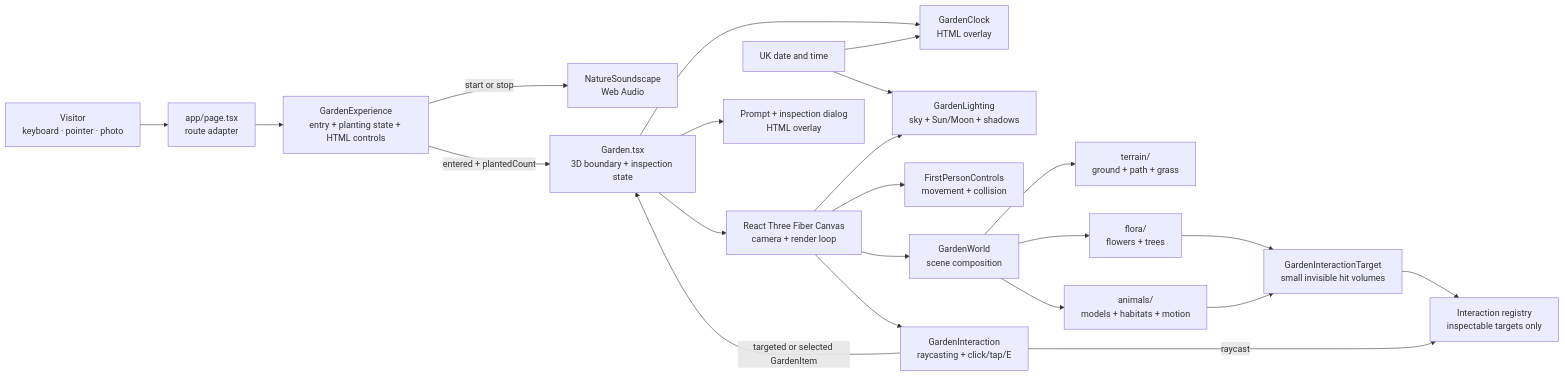
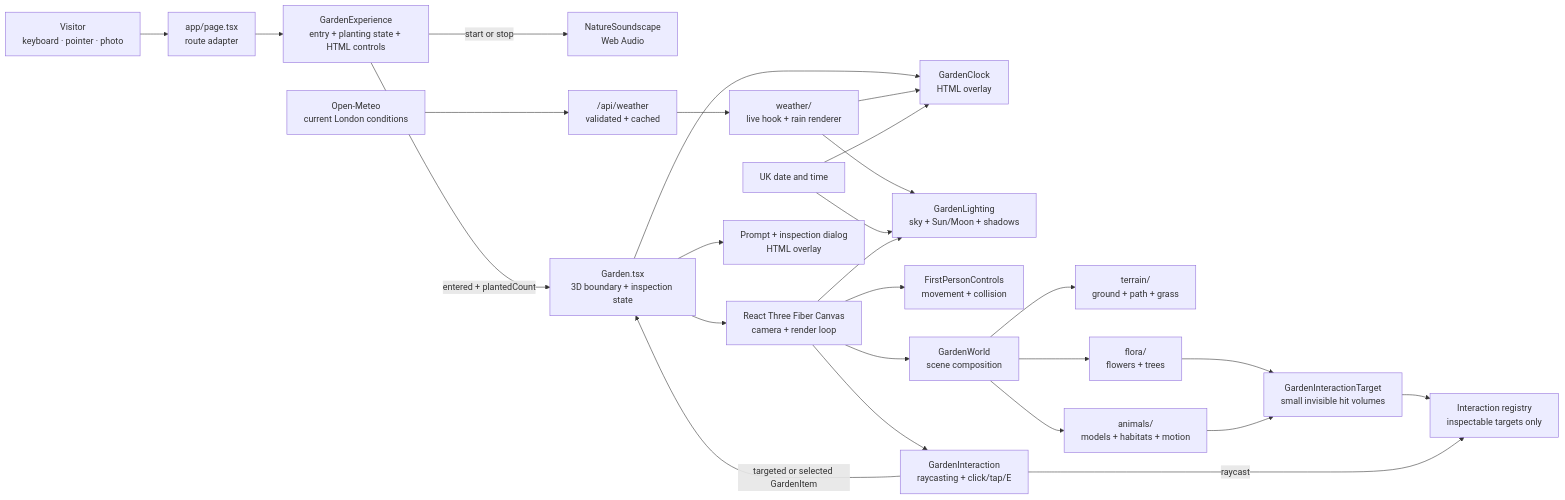
Before and after one commit to sophiaxuz/secret-garden: the diagram in components/garden/README.md, drawn with Mermaid. The commit also changed other lines of this file and 10 other files, not shown here.

Commit message:
feat: mirror live London weather in the garden

````diff
--- a/components/garden/README.md
+++ b/components/garden/README.md
@@ -9,29 +9,33 @@
 ```mermaid
 flowchart LR
     Visitor["Visitor<br/>keyboard · pointer · photo"] --> Page["app/page.tsx<br/>route adapter"]
     Page --> Experience["GardenExperience<br/>entry + planting state + HTML controls"]
 
     Experience -->|start or stop| Audio["NatureSoundscape<br/>Web Audio"]
     Experience -->|entered + plantedCount| Garden["Garden.tsx<br/>3D boundary + inspection state"]
 
     Garden --> Clock["GardenClock<br/>HTML overlay"]
     Garden --> Canvas["React Three Fiber Canvas<br/>camera + render loop"]
+    Provider["Open-Meteo<br/>current London conditions"] --> Route["/api/weather<br/>validated + cached"]
+    Route --> Weather["weather/<br/>live hook + rain renderer"]
+    Weather --> Clock
+    Weather --> Lighting
     Time["UK date and time"] --> Lighting["GardenLighting<br/>sky + Sun/Moon + shadows"]
     Time --> Clock
 
     Canvas --> Lighting
     Canvas --> Navigation["FirstPersonControls<br/>movement + collision"]
     Canvas --> World["GardenWorld<br/>scene composition"]
     Canvas --> Interaction["GardenInteraction<br/>raycasting + click/tap/E"]
 
     World --> Terrain["terrain/<br/>ground + path + grass"]
     World --> Flora["flora/<br/>flowers + trees"]
     World --> Animals["animals/<br/>models + habitats + motion"]
 
     Flora --> Targets["GardenInteractionTarget<br/>small invisible hit volumes"]
     Animals --> Targets
     Targets --> Registry["Interaction registry<br/>inspectable targets only"]
     Interaction -->|raycast| Registry
     Interaction -->|targeted or selected GardenItem| Garden
     Garden --> UI["Prompt + inspection dialog<br/>HTML overlay"]
 ```
````
